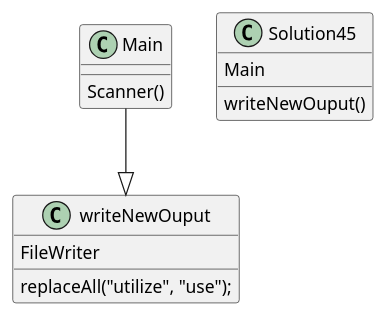
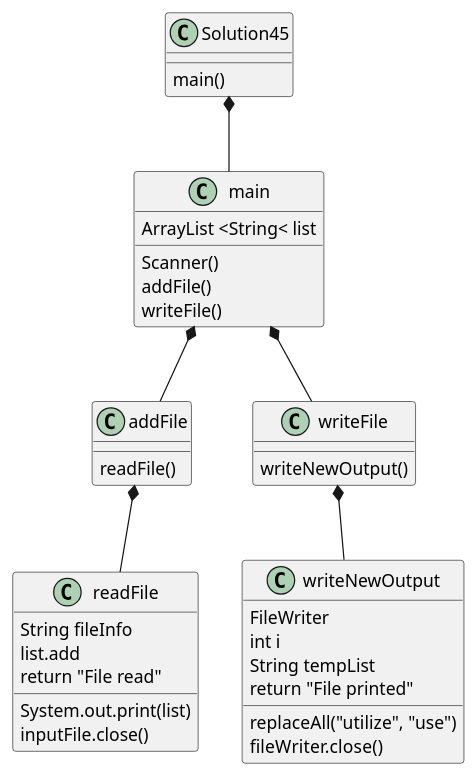
Before and after one commit to lins0409/lin-a04: the diagram in exercise45/docs/exercise45_diagram.puml, drawn with PlantUML.

Commit message:
updated plantUML diagram

```diff
--- a/exercise45/docs/exercise45_diagram.puml
+++ b/exercise45/docs/exercise45_diagram.puml
@@ -1,15 +1,39 @@
 @startuml
 'https://plantuml.com/class-diagram
 
-Main --|> writeNewOuput
-Main : Scanner()
-writeNewOuput : FileWriter
-writeNewOuput : replaceAll("utilize", "use");
+Solution45 *-- main
+main : Scanner()
+main : addFile()
+main : writeFile()
+main : ArrayList <String< list
+main *-- addFile
+main *-- writeFile
+
+writeFile *-- writeNewOutput
+writeNewOutput : FileWriter
+writeNewOutput : int i
+writeNewOutput : String tempList
+writeNewOutput : replaceAll("utilize", "use")
+writeNewOutput : fileWriter.close()
+writeNewOutput : return "File printed"
+
+addFile *-- readFile
+readFile : String fileInfo
+readFile : list.add
+readFile : System.out.print(list)
+readFile : inputFile.close()
+readFile : return "File read"
+
 
 class Solution45 {
-Main
-writeNewOuput()
+main()
 }
 
+class writeFile{
+writeNewOutput()
+}
 
+class addFile{
+readFile()
+}
 @enduml
```
